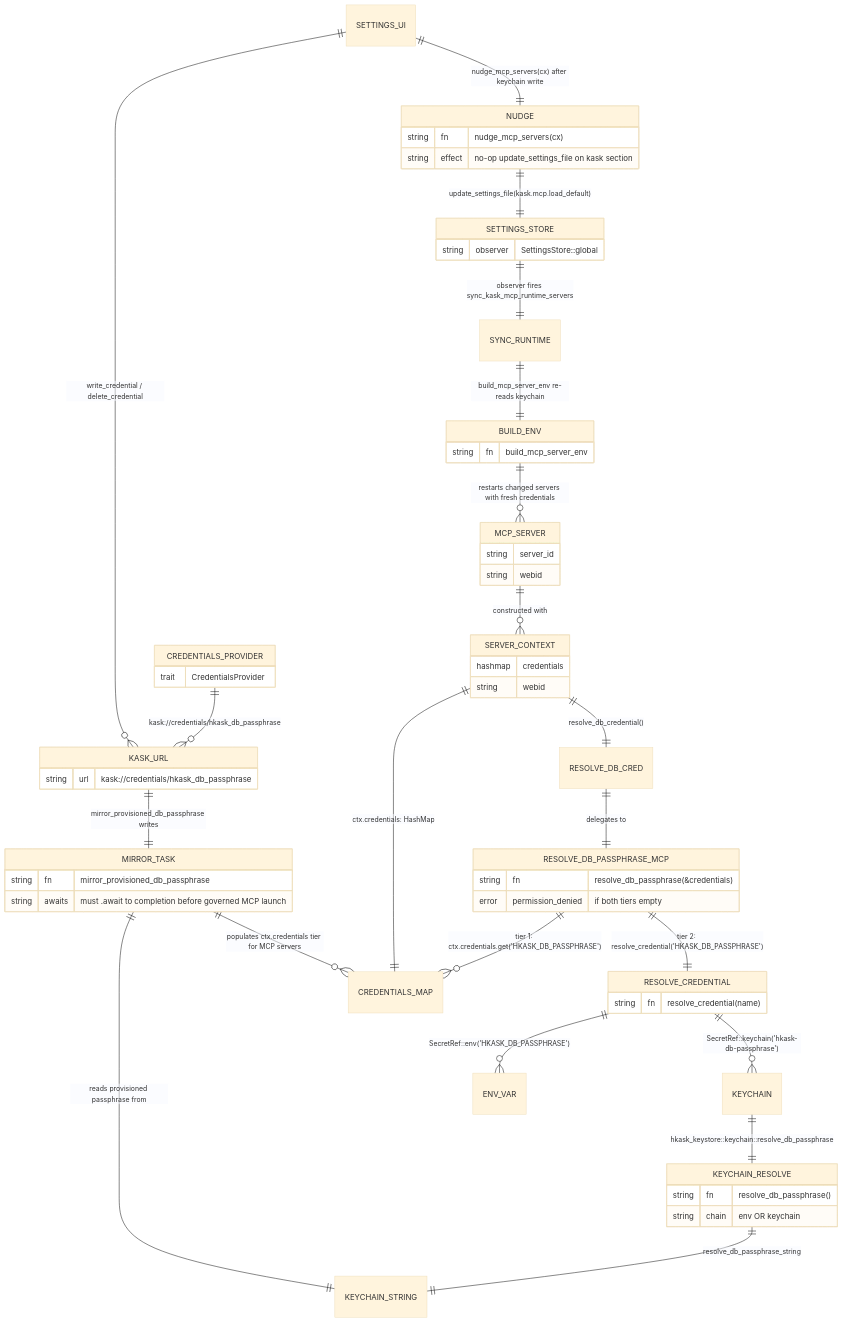
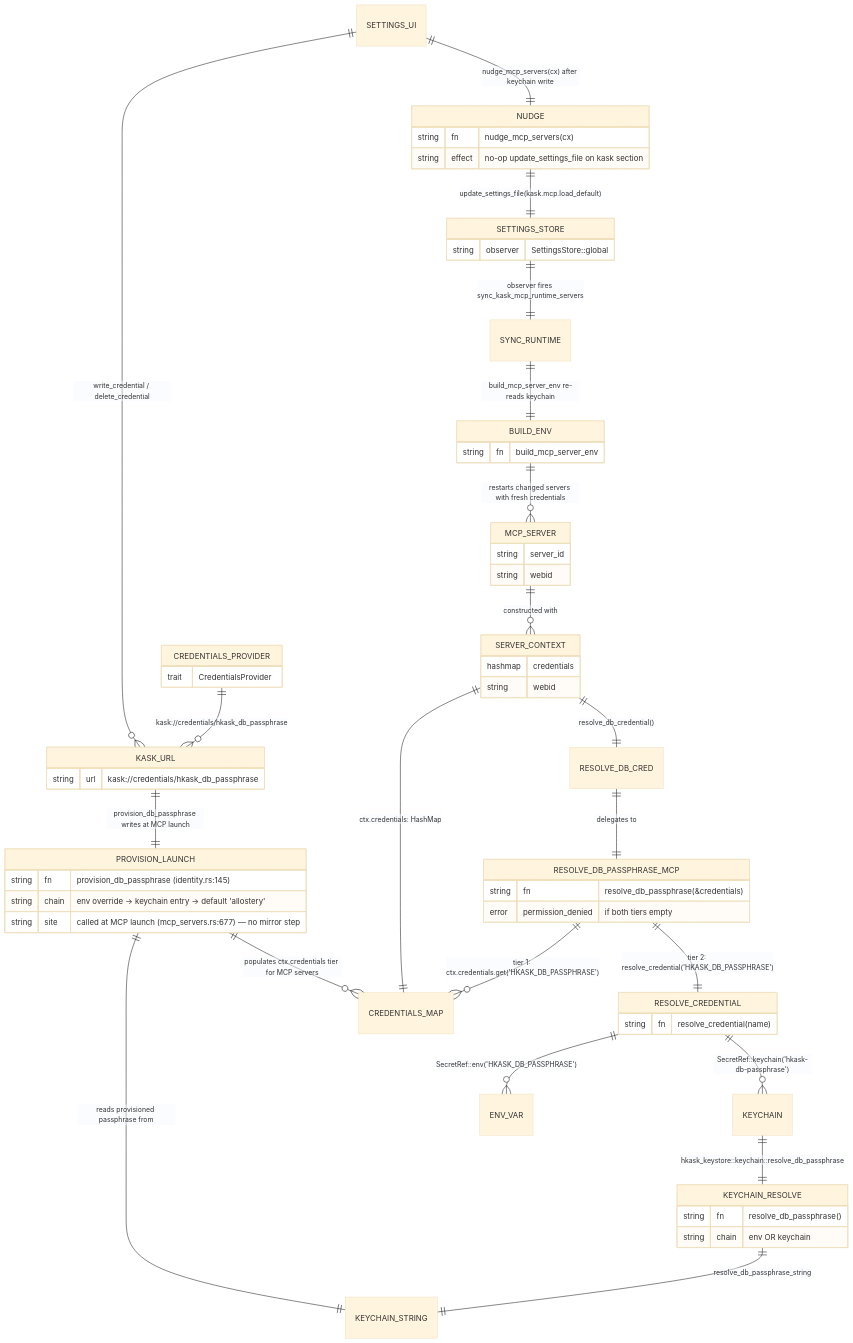
Before and after one commit to mdz-axo/zed-kask: the tenth of 13 diagrams in kask/docs/diagrams/architecture.md, drawn with Mermaid (base theme). The commit also changed other lines of this file and 29 other files, not shown here.

````diff
--- a/kask/docs/diagrams/architecture.md
+++ b/kask/docs/diagrams/architecture.md
@@ -466,65 +466,66 @@
 ```mermaid
 erDiagram
     MCP_SERVER ||--o{ SERVER_CONTEXT : "constructed with"
     SERVER_CONTEXT ||--|| CREDENTIALS_MAP : "ctx.credentials: HashMap<String,String>"
     SERVER_CONTEXT ||--|| RESOLVE_DB_CRED : "resolve_db_credential()"
     RESOLVE_DB_CRED ||--|| RESOLVE_DB_PASSPHRASE_MCP : "delegates to"
     RESOLVE_DB_PASSPHRASE_MCP ||--o{ CREDENTIALS_MAP : "tier 1: ctx.credentials.get('HKASK_DB_PASSPHRASE')"
     RESOLVE_DB_PASSPHRASE_MCP ||--|| RESOLVE_CREDENTIAL : "tier 2: resolve_credential('HKASK_DB_PASSPHRASE')"
     RESOLVE_CREDENTIAL ||--o{ ENV_VAR : "SecretRef::env('HKASK_DB_PASSPHRASE')"
     RESOLVE_CREDENTIAL ||--o{ KEYCHAIN : "SecretRef::keychain('hkask-db-passphrase')"
     KEYCHAIN ||--|| KEYCHAIN_RESOLVE : "hkask_keystore::keychain::resolve_db_passphrase"
     KEYCHAIN_RESOLVE ||--|| KEYCHAIN_STRING : "resolve_db_passphrase_string"
 
     CREDENTIALS_PROVIDER ||--o{ KASK_URL : "kask://credentials/hkask_db_passphrase"
-    KASK_URL ||--|| MIRROR_TASK : "mirror_provisioned_db_passphrase writes"
-    MIRROR_TASK ||--|| KEYCHAIN_STRING : "reads provisioned passphrase from"
-    MIRROR_TASK ||--o{ CREDENTIALS_MAP : "populates ctx.credentials tier for MCP servers"
+    KASK_URL ||--|| PROVISION_LAUNCH : "provision_db_passphrase writes at MCP launch"
+    PROVISION_LAUNCH ||--|| KEYCHAIN_STRING : "reads provisioned passphrase from"
+    PROVISION_LAUNCH ||--o{ CREDENTIALS_MAP : "populates ctx.credentials tier for MCP servers"
 
     SETTINGS_UI ||--o{ KASK_URL : "write_credential / delete_credential"
     SETTINGS_UI ||--|| NUDGE : "nudge_mcp_servers(cx) after keychain write"
     NUDGE ||--|| SETTINGS_STORE : "update_settings_file(kask.mcp.load_default)"
     SETTINGS_STORE ||--|| SYNC_RUNTIME : "observer fires sync_kask_mcp_runtime_servers"
     SYNC_RUNTIME ||--|| BUILD_ENV : "build_mcp_server_env re-reads keychain"
     BUILD_ENV ||--o{ MCP_SERVER : "restarts changed servers with fresh credentials"
 
     MCP_SERVER {
         string server_id
         string webid
     }
     SERVER_CONTEXT {
         hashmap credentials
         string webid
     }
     RESOLVE_DB_PASSPHRASE_MCP {
         string fn "resolve_db_passphrase(&credentials)"
         error permission_denied "if both tiers empty"
     }
     RESOLVE_CREDENTIAL {
         string fn "resolve_credential(name)"
     }
     KEYCHAIN_RESOLVE {
         string fn "resolve_db_passphrase()"
         string chain "env OR keychain"
     }
     CREDENTIALS_PROVIDER {
         trait CredentialsProvider
     }
     KASK_URL {
         string url "kask://credentials/hkask_db_passphrase"
     }
-    MIRROR_TASK {
-        string fn "mirror_provisioned_db_passphrase"
-        string awaits "must .await to completion before governed MCP launch"
+    PROVISION_LAUNCH {
+        string fn "provision_db_passphrase (identity.rs:145)"
+        string chain "env override → keychain entry → default 'allostery'"
+        string site "called at MCP launch (mcp_servers.rs:677) — no mirror step"
     }
     NUDGE {
         string fn "nudge_mcp_servers(cx)"
         string effect "no-op update_settings_file on kask section"
     }
     SETTINGS_STORE {
         string observer "SettingsStore::global"
     }
     BUILD_ENV {
         string fn "build_mcp_server_env"
     }
 ```
````
